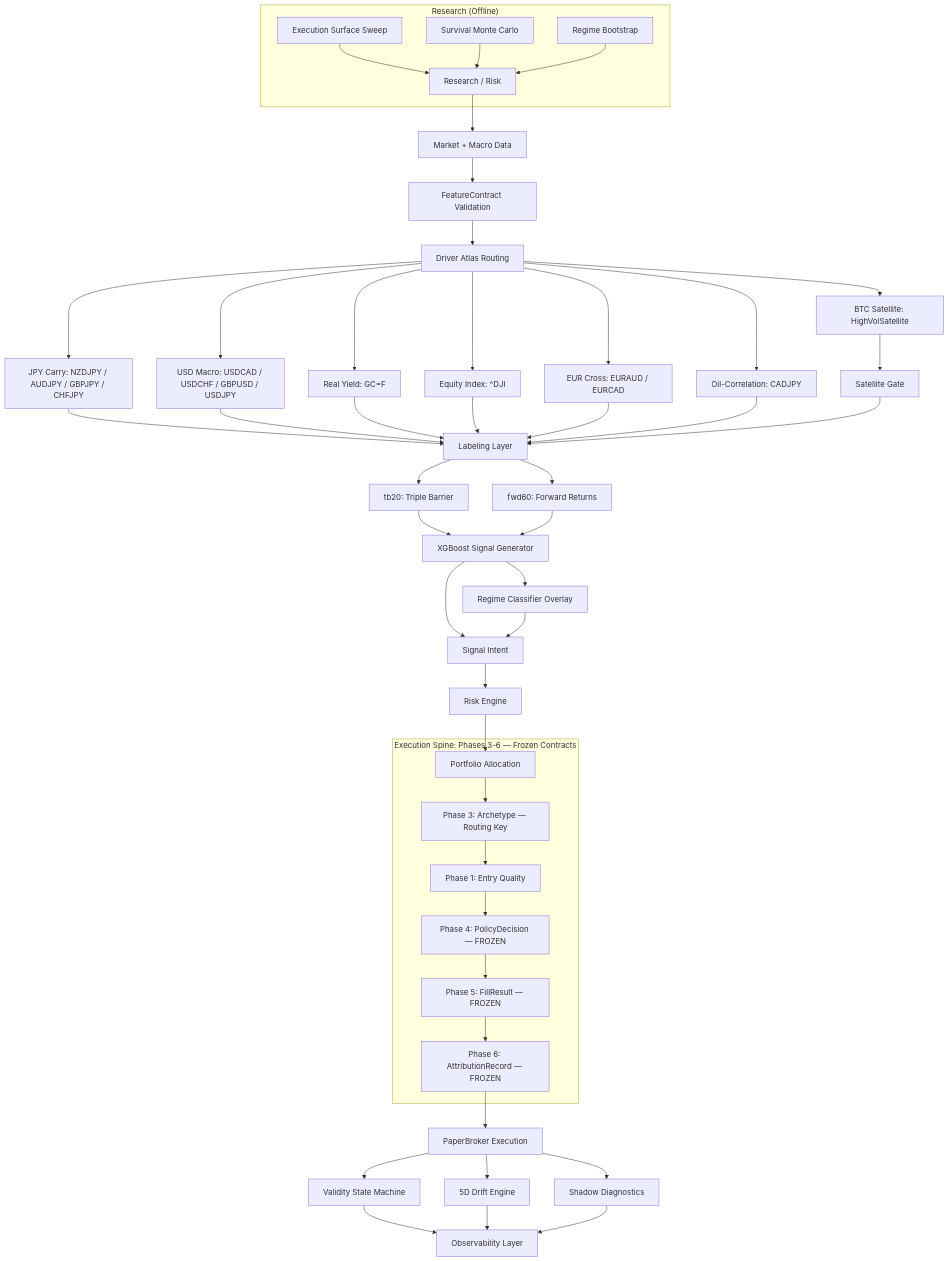
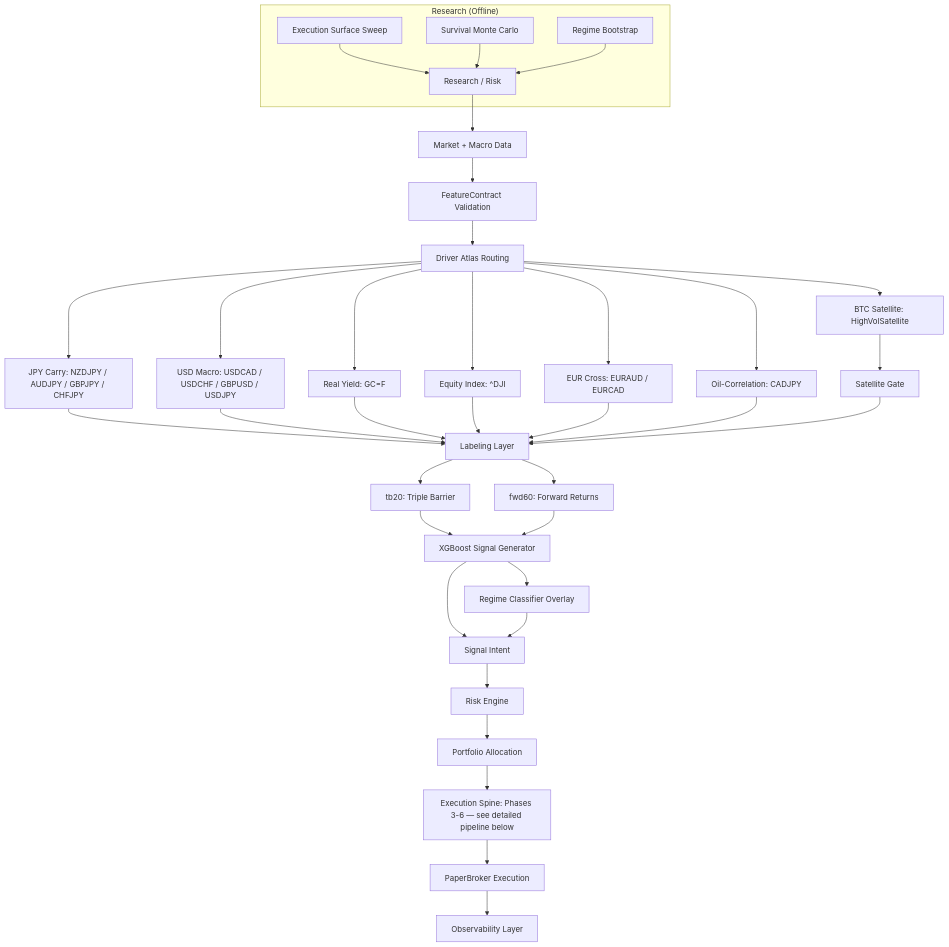
Before and after one commit to manuelhorvey/EigenCapital: the first of 2 diagrams in README.md, drawn with Mermaid.

Commit message:
docs: collapse Execution Spine into single node in top architecture diagram

````diff
--- a/README.md
+++ b/README.md
@@ -45,47 +45,37 @@
 ```mermaid
 graph TD
 A[Market + Macro Data] --> B[FeatureContract Validation]
 B --> C[Driver Atlas Routing]
 C --> D1[JPY Carry: NZDJPY / AUDJPY / GBPJPY / CHFJPY]
 C --> D2[USD Macro: USDCAD / USDCHF / GBPUSD / USDJPY]
 C --> D3[Real Yield: GC=F]
 C --> D4[Equity Index: ^DJI]
 C --> D5[EUR Cross: EURAUD / EURCAD]
 C --> D6[Oil-Correlation: CADJPY]
 C --> D7[BTC Satellite: HighVolSatellite]
 
 D1 & D2 & D3 & D4 & D5 & D6 --> E[Labeling Layer]
 D7 --> S[Satellite Gate]
 S --> E
 
 E --> F1[tb20: Triple Barrier]
 E --> F2[fwd60: Forward Returns]
 F1 & F2 --> G[XGBoost Signal Generator]
 G --> H[Regime Classifier Overlay]
 G --> I[Signal Intent]
 H --> I
 I --> J[Risk Engine]
 J --> K[Portfolio Allocation]
 
-subgraph Execution_Spine [Execution Spine: Phases 3-6 — Frozen Contracts]
-    K --> P3[Phase 3: Archetype — Routing Key]
-    P3 --> P1[Phase 1: Entry Quality]
-    P1 --> P4[Phase 4: PolicyDecision — FROZEN]
-    P4 --> P5[Phase 5: FillResult — FROZEN]
-    P5 --> P6[Phase 6: AttributionRecord — FROZEN]
-end
-
-P6 --> L[PaperBroker Execution]
-L --> M[Validity State Machine]
-L --> N[5D Drift Engine]
-L --> O[Shadow Diagnostics]
-M & N & O --> P[Observability Layer]
+K --> P[Execution Spine: Phases 3-6 — see detailed pipeline below]
+P --> L[PaperBroker Execution]
+L --> M[Observability Layer]
 
 subgraph "Research (Offline)"
     R1[Execution Surface Sweep]
     R2[Survival Monte Carlo]
     R3[Regime Bootstrap]
     R1 & R2 & R3 --> R[Research / Risk]
 end
 R --> A
 ```
````
